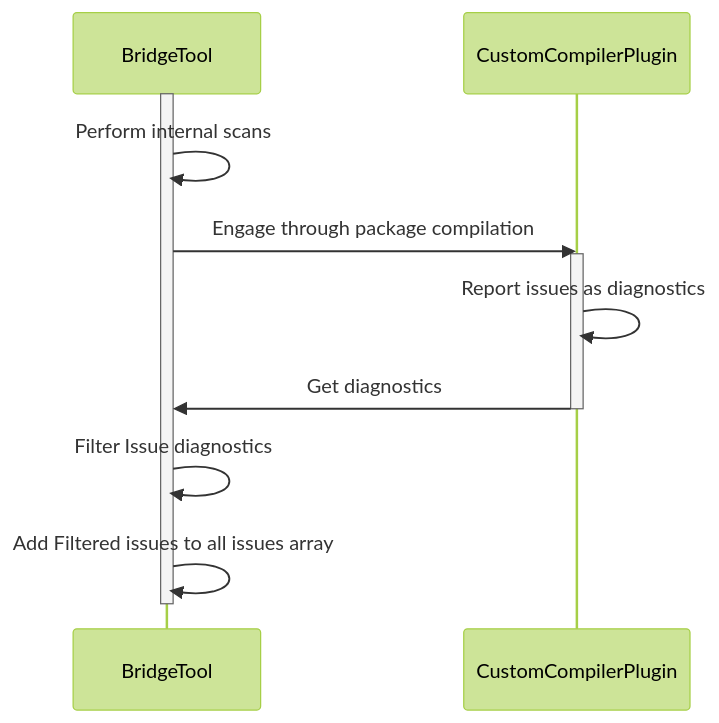
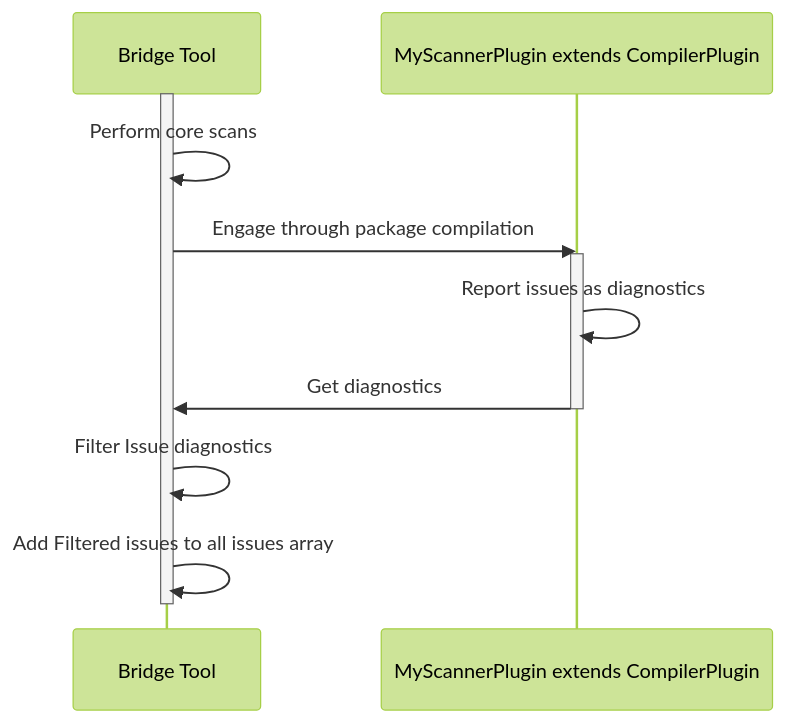
Before and after one commit to Xenowa/ballerina-tool-extension-methods: the diagram in README.md, drawn with Mermaid (forest theme). The commit also changed 13 other files, not shown here.

Commit message:
Update: Refactored architecture of the approach

````diff
--- a/README.md
+++ b/README.md
@@ -3,15 +3,15 @@
 ```mermaid
 sequenceDiagram
-    participant BridgeTool
-    participant CustomCompilerPlugin
-    activate BridgeTool
-    BridgeTool ->> BridgeTool: Perform internal scans
-    BridgeTool ->> CustomCompilerPlugin: Engage through package compilation
-    activate CustomCompilerPlugin
-    CustomCompilerPlugin ->> CustomCompilerPlugin: Report issues as diagnostics
-    CustomCompilerPlugin ->> BridgeTool: Get diagnostics
-    deactivate CustomCompilerPlugin
-    BridgeTool ->> BridgeTool: Filter Issue diagnostics
-    BridgeTool ->> BridgeTool: Add Filtered issues to all issues array
-    deactivate BridgeTool
+    participant Bridge Tool
+    participant MyScannerPlugin extends CompilerPlugin
+    activate Bridge Tool
+    Bridge Tool ->> Bridge Tool: Perform core scans
+    Bridge Tool ->> MyScannerPlugin extends CompilerPlugin: Engage through package compilation
+    activate MyScannerPlugin extends CompilerPlugin
+    MyScannerPlugin extends CompilerPlugin ->> MyScannerPlugin extends CompilerPlugin: Report issues as diagnostics
+    MyScannerPlugin extends CompilerPlugin ->> Bridge Tool: Get diagnostics
+    deactivate MyScannerPlugin extends CompilerPlugin
+    Bridge Tool ->> Bridge Tool: Filter Issue diagnostics
+    Bridge Tool ->> Bridge Tool: Add Filtered issues to all issues array
+    deactivate Bridge Tool
 ```
````
